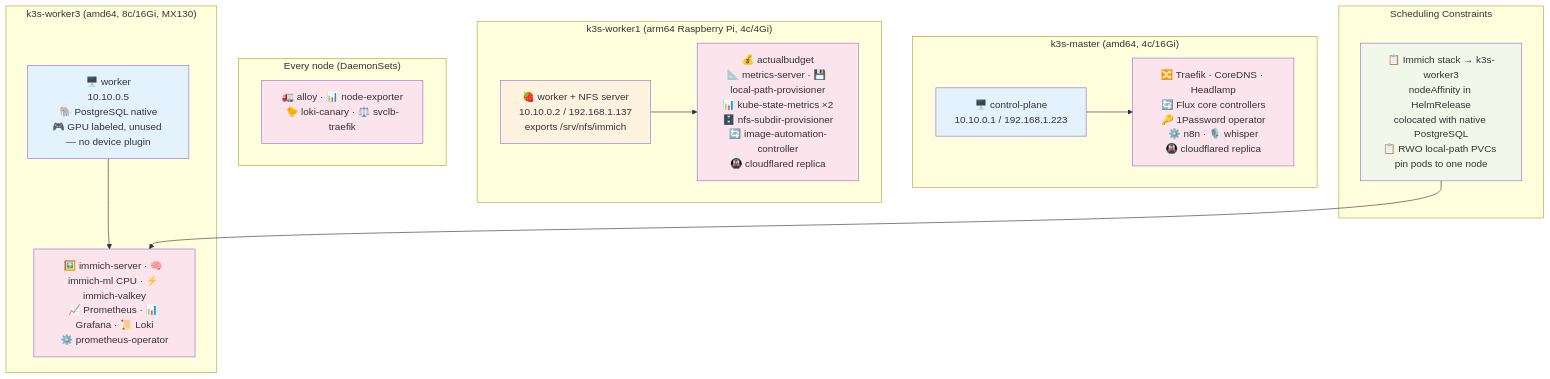
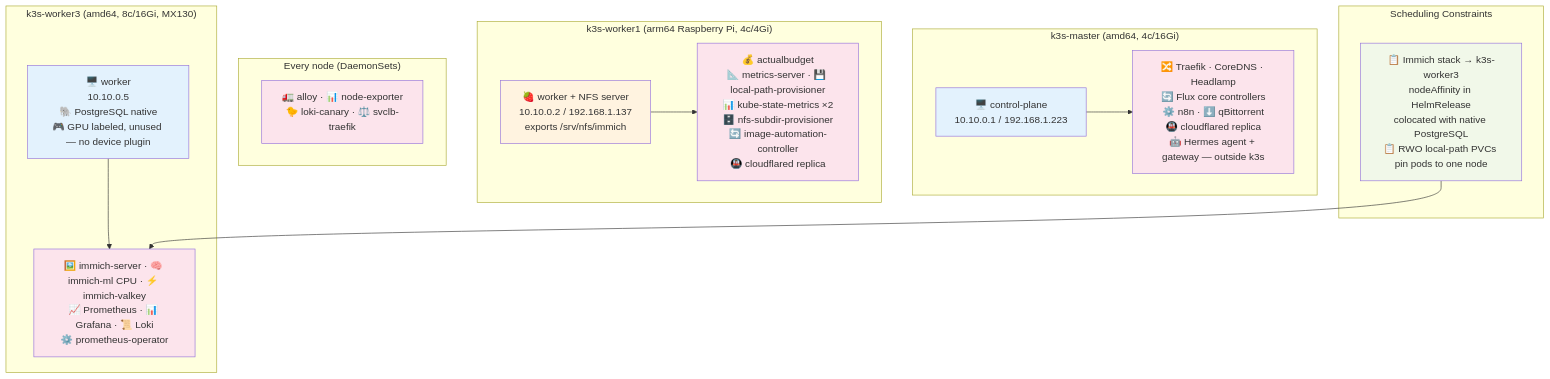
The sixth of 6 diagrams in docs/architecture-diagrams.md (yuandrk/homelabops), drawn with Mermaid before and after one commit. The commit also changed other lines of this file and 16 other files, not shown here.

````diff
--- a/docs/architecture-diagrams.md
+++ b/docs/architecture-diagrams.md
@@ -367,40 +369,40 @@
 ```mermaid
 graph TB
     subgraph "k3s-master (amd64, 4c/16Gi)"
         MasterNode[🖥️ control-plane<br/>10.10.0.1 / 192.168.1.223]
-        MasterWork[🔀 Traefik · CoreDNS · Headlamp<br/>🔄 Flux core controllers<br/>🔑 1Password operator<br/>⚙️ n8n · 🎙️ whisper<br/>🚇 cloudflared replica]
+        MasterWork[🔀 Traefik · CoreDNS · Headlamp<br/>🔄 Flux core controllers<br/>⚙️ n8n · ⬇️ qBittorrent<br/>🚇 cloudflared replica<br/>🤖 Hermes agent + gateway — outside k3s]
     end
 
     subgraph "k3s-worker1 (arm64 Raspberry Pi, 4c/4Gi)"
         Worker1Node[🍓 worker + NFS server<br/>10.10.0.2 / 192.168.1.137<br/>exports /srv/nfs/immich]
         Worker1Work[💰 actualbudget<br/>📐 metrics-server · 💾 local-path-provisioner<br/>📊 kube-state-metrics ×2<br/>🗄️ nfs-subdir-provisioner<br/>🔄 image-automation-controller<br/>🚇 cloudflared replica]
     end
 
     subgraph "k3s-worker3 (amd64, 8c/16Gi, MX130)"
         Worker3Node[🖥️ worker<br/>10.10.0.5<br/>🐘 PostgreSQL native<br/>🎮 GPU labeled, unused — no device plugin]
         Worker3Work[🖼️ immich-server · 🧠 immich-ml CPU · ⚡ immich-valkey<br/>📈 Prometheus · 📊 Grafana · 📜 Loki<br/>⚙️ prometheus-operator]
     end
 
     subgraph "Every node (DaemonSets)"
         DS[🚛 alloy · 📊 node-exporter<br/>🐤 loki-canary · ⚖️ svclb-traefik]
     end
 
     subgraph "Scheduling Constraints"
         Affinity[📋 Immich stack → k3s-worker3<br/>nodeAffinity in HelmRelease<br/>colocated with native PostgreSQL<br/>📋 RWO local-path PVCs pin pods to one node]
     end
 
     MasterNode --> MasterWork
     Worker1Node --> Worker1Work
     Worker3Node --> Worker3Work
     Affinity --> Worker3Work
 
     classDef amd64 fill:#e3f2fd
     classDef arm64 fill:#fff3e0
     classDef workload fill:#fce4ec
     classDef rule fill:#f1f8e9
 
     class MasterNode,Worker3Node amd64
     class Worker1Node arm64
     class MasterWork,Worker1Work,Worker3Work,DS workload
     class Affinity rule
 ```
````
